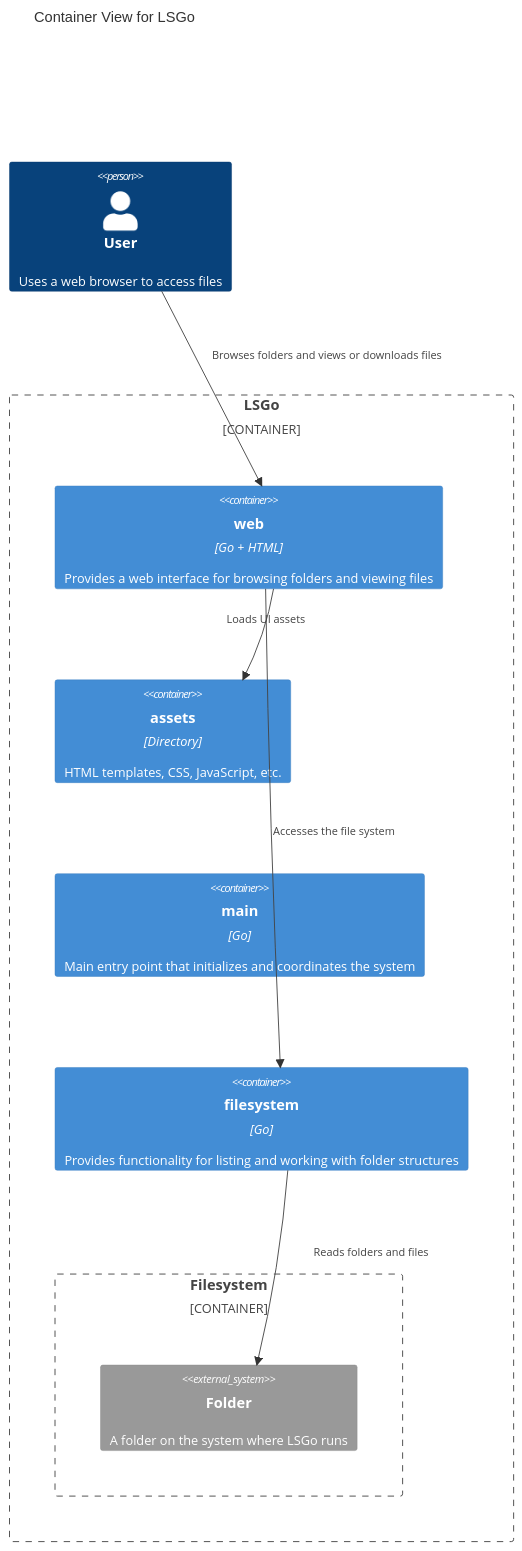
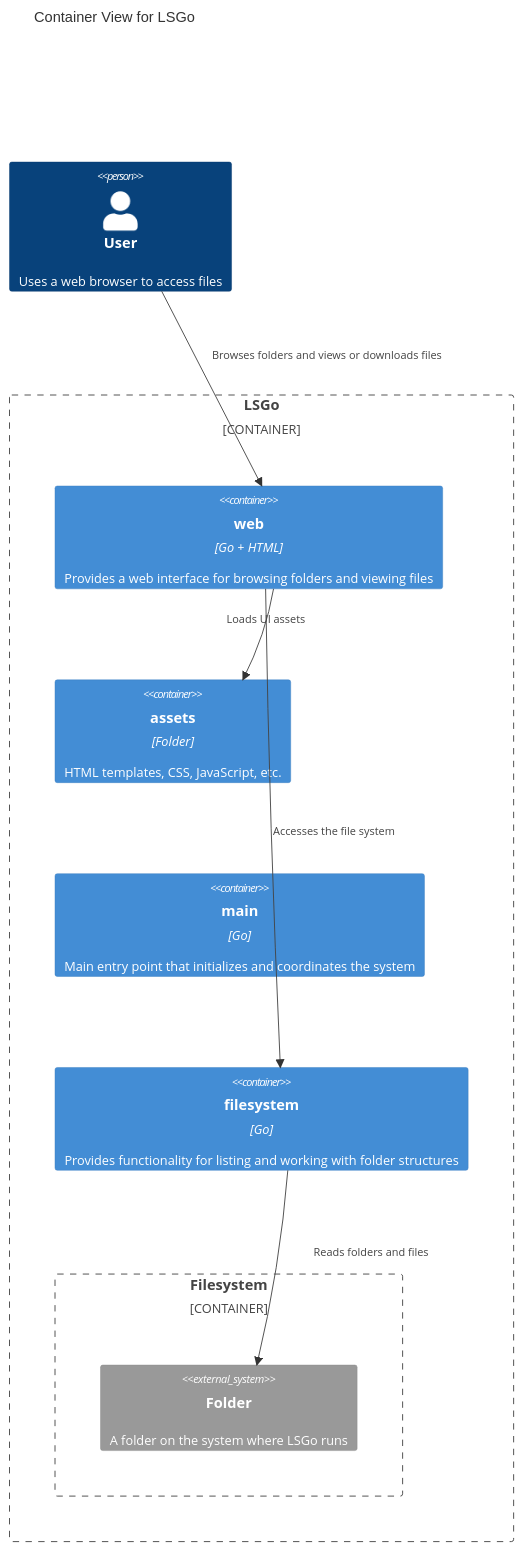
Before and after one commit to mszalbach/lsgo: the second of 3 diagrams in docs/architecture.md, drawn with Mermaid. The commit also changed other lines of this file and 9 other files, not shown here.

Commit message:
Changed codebase to always talk about folder instead of directory

````diff
--- a/docs/architecture.md
+++ b/docs/architecture.md
@@ -21,30 +21,30 @@
 ```mermaid
 C4Container
     title Container View for LSGo
 
     Person(user, "User", "Uses a web browser to access files")
 
     Container_Boundary(lsgo, "LSGo") {
 
         Container(webPkg, "web", "Go + HTML", "Provides a web interface for browsing folders and viewing files")
-        Container(assetsPkg, "assets", "Directory", "HTML templates, CSS, JavaScript, etc.")
+        Container(assetsPkg, "assets", "Folder", "HTML templates, CSS, JavaScript, etc.")
         Container(cmdClient, "main", "Go", "Main entry point that initializes and coordinates the system")
         Container(filesystemPkg, "filesystem", "Go", "Provides functionality for listing and working with folder structures")
 
         Container_Boundary(filesystem, "Filesystem") {
             System_Ext(folder, "Folder", "A folder on the system where LSGo runs")
         }
     }
 
     Rel(user, webPkg, "Browses folders and views or downloads files")
     Rel(webPkg, assetsPkg, "Loads UI assets")
     Rel(webPkg, filesystemPkg, "Accesses the file system")
 
     Rel(filesystemPkg, folder, "Reads folders and files")
 
     UpdateLayoutConfig($c4ShapeInRow="2", $c4BoundaryInRow="1")
 
     UpdateRelStyle(user, webPkg, $offsetY="-40", $offsetX="0")
     UpdateRelStyle(webPkg, assetsPkg, $offsetY="-20", $offsetX="-35")
     UpdateRelStyle(filesystemPkg, folder, $offsetY="-20", $offsetX="45")
 ```
````
